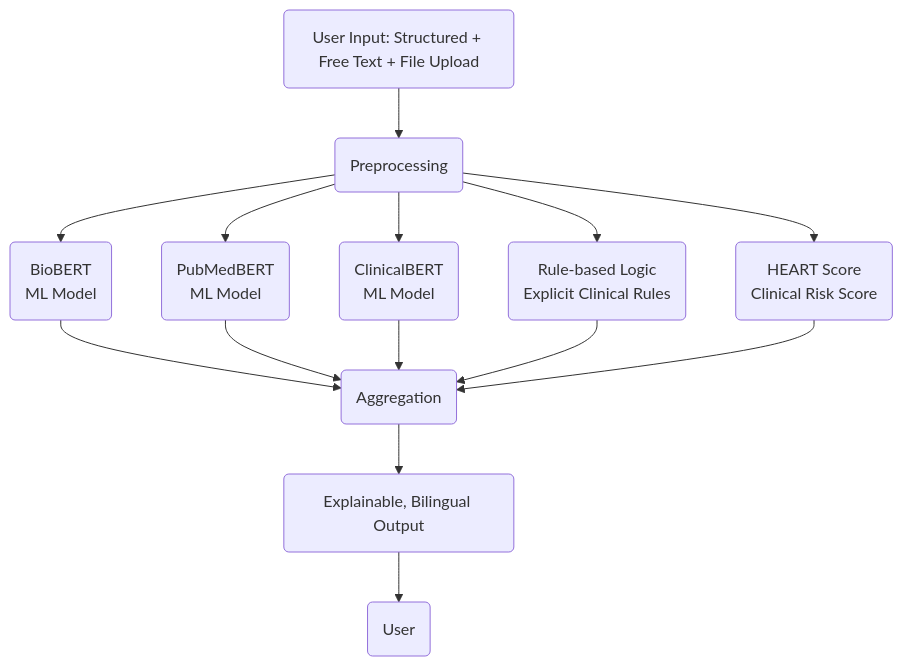
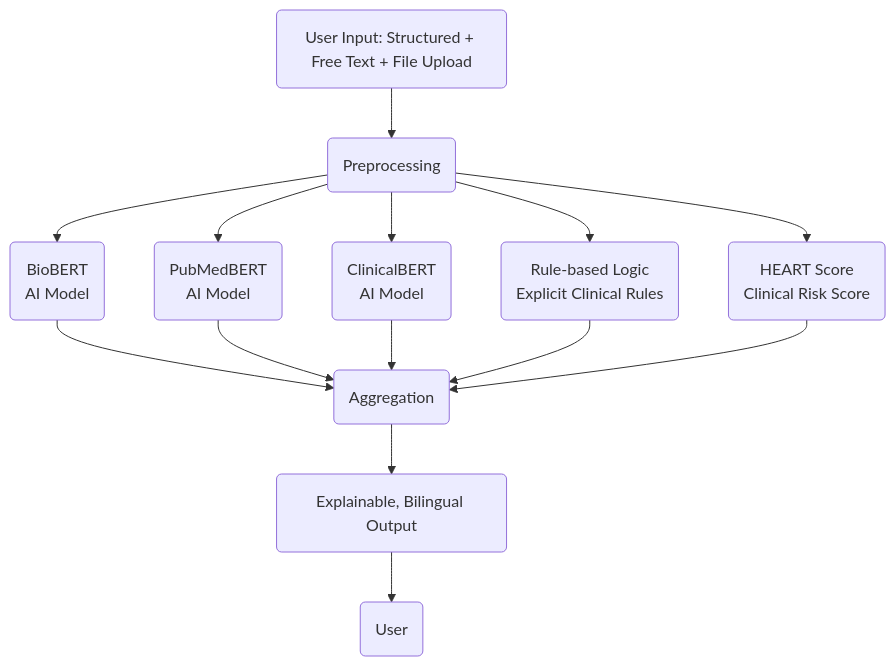
Before and after one commit to justin-mbca/aignosis: the second of 2 diagrams in README.md, drawn with Mermaid. The commit also changed other lines of this file, not shown here.

Commit message:
update ML model as AI model

````diff
--- a/README.md
+++ b/README.md
@@ -81,16 +81,16 @@
 ```mermaid
 flowchart TD
     A(User Input: Structured + Free Text + File Upload) --> B(Preprocessing)
-    B --> C1(BioBERT<br>ML Model)
-    B --> C2(PubMedBERT<br>ML Model)
-    B --> C3(ClinicalBERT<br>ML Model)
+    B --> C1(BioBERT<br>AI Model)
+    B --> C2(PubMedBERT<br>AI Model)
+    B --> C3(ClinicalBERT<br>AI Model)
     B --> D(Rule-based Logic<br>Explicit Clinical Rules)
     B --> E(HEART Score<br>Clinical Risk Score)
     C1 --> F(Aggregation)
     C2 --> F
     C3 --> F
     D --> F
     E --> F
     F --> G(Explainable, Bilingual Output)
     G --> H(User)
 ```
````
